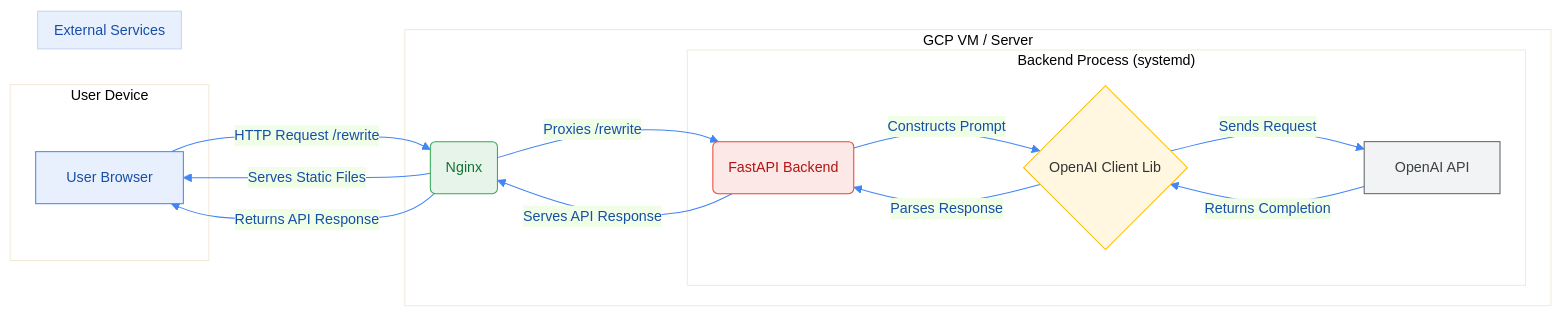
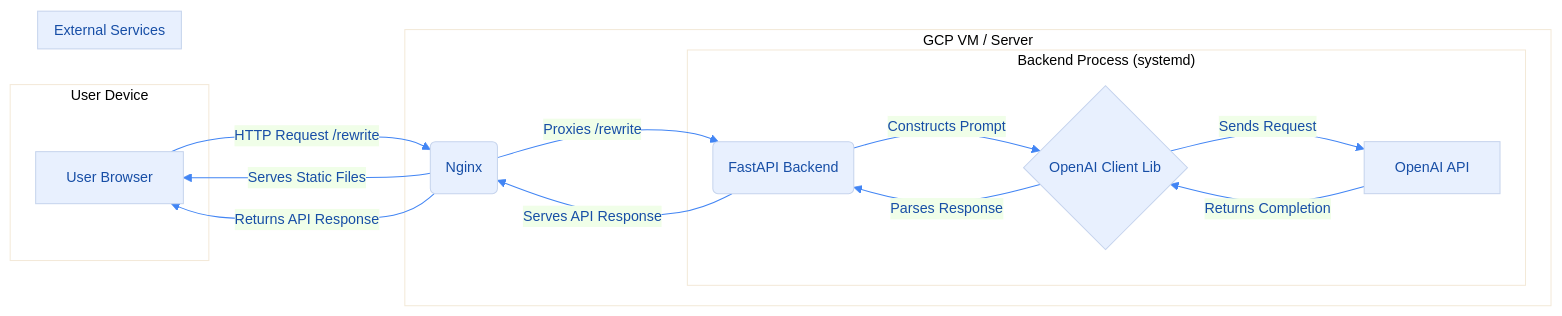
Before and after one commit to Abhilekh-Talukdar/cross-cultural-email-assistant: the diagram in README.md, drawn with Mermaid. The commit also changed other lines of this file, not shown here.

````diff
--- a/README.md
+++ b/README.md
@@ -18,33 +18,26 @@
 ```mermaid
 %%{init: {'theme': 'base', 'themeVariables': { 'primaryColor': '#E8F0FE', 'primaryTextColor': '#174ea6', 'lineColor': '#4285F4', 'textColor': '#333', 'fontSize': '14px'}}}%%
 graph LR
     subgraph User Device
         A[User Browser]
     end
 
     subgraph GCP VM / Server
         B(Nginx) -- Serves Static Files --> A
         A -- HTTP Request /rewrite --> B
         B -- Proxies /rewrite --> C(FastAPI Backend);
         C -- Serves API Response --> B
         B -- Returns API Response --> A
 
         subgraph "Backend Process (systemd)"
             C -- Constructs Prompt --> D{OpenAI Client Lib};
             D -- Sends Request --> E[OpenAI API];
             E -- Returns Completion --> D;
             D -- Parses Response --> C;
         end
     end
 
     subgraph External Services
         E
     end
-
-    %% Styling
-    style A fill:#E8F0FE,stroke:#4285F4,stroke-width:1px,color:#174ea6
-    style B fill:#E6F4EA,stroke:#34A853,stroke-width:1px,color:#137333
-    style C fill:#FCE8E6,stroke:#EA4335,stroke-width:1px,color:#b31412
-    style D fill:#FFF7E0,stroke:#FBBC04,stroke-width:1px,color:#333
-    style E fill:#F1F3F4,stroke:#5F6368,stroke-width:1px,color:#3c4043
 ```
````
